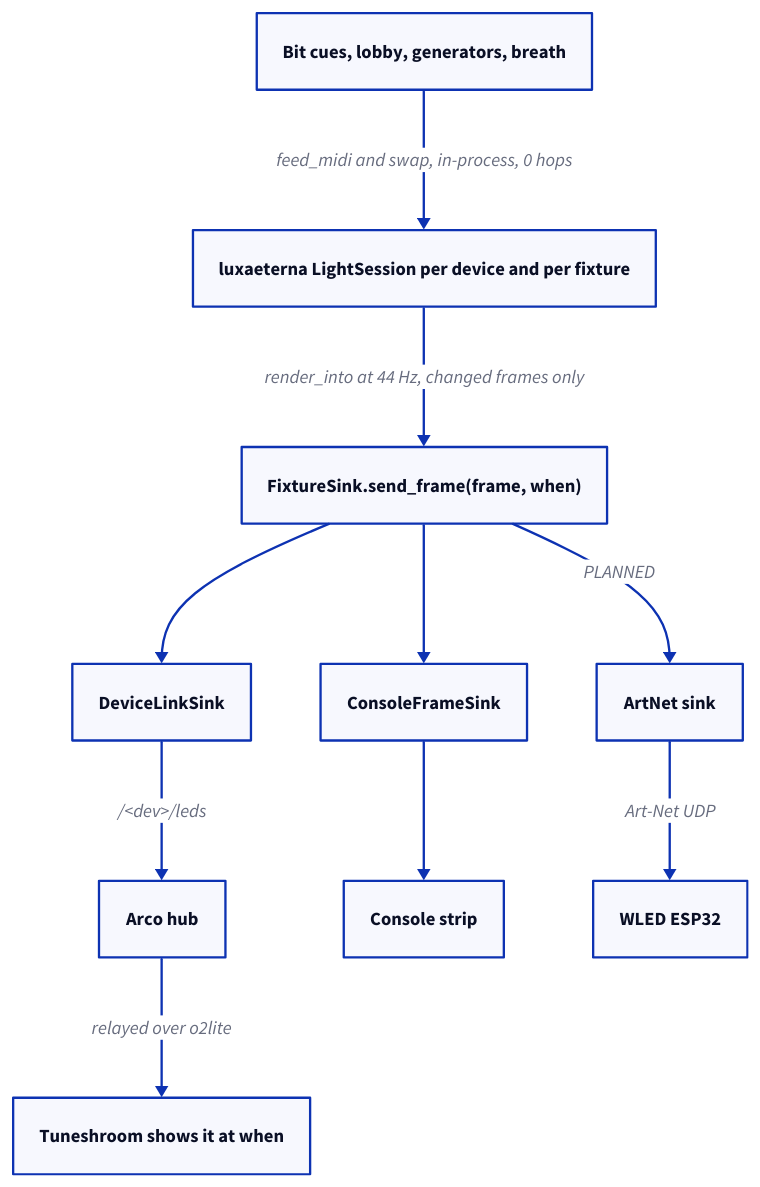
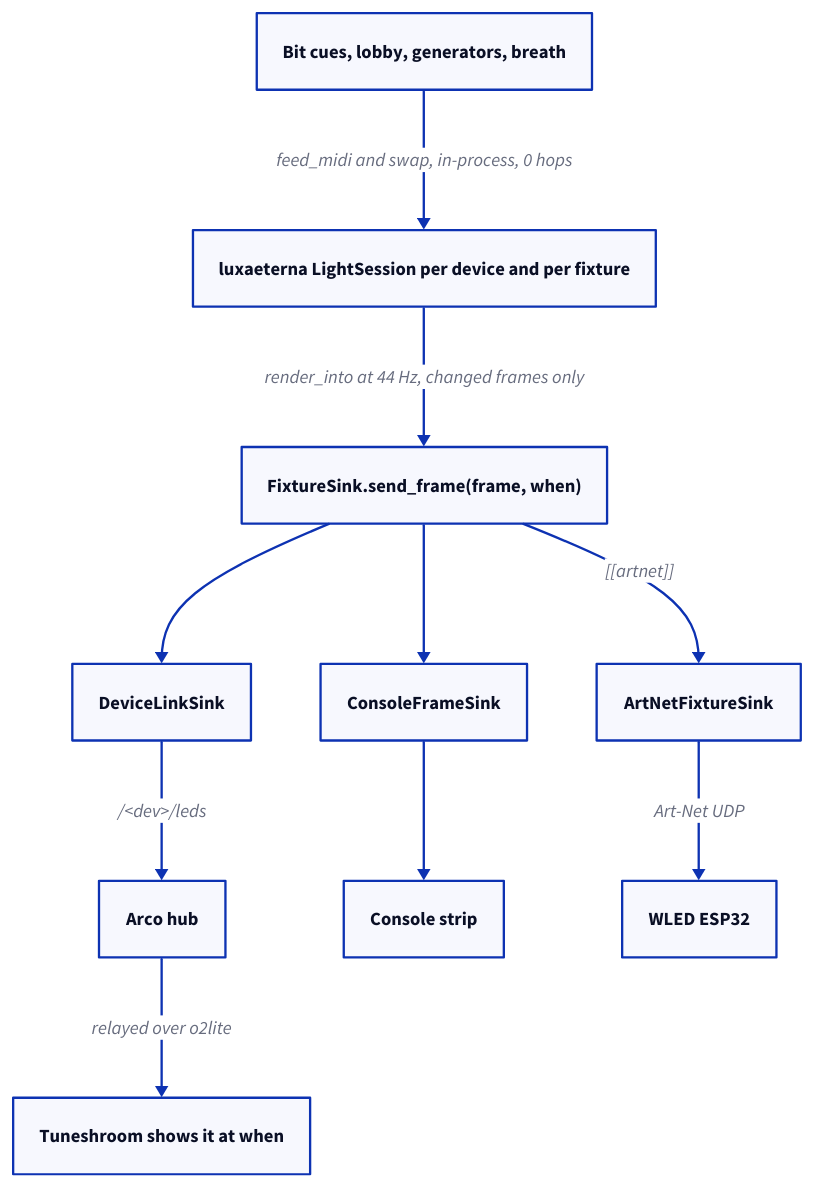
The diagram in docs/diagrams/light-path.d2 (Musical-Mycology/mm-terrarium), drawn with D2 before and after one commit. The commit also changed 11 other files, not shown here.

First line of the commit message:
docs(diagrams): bring cue-path, boot-teardown and light-path up to date with the code

```diff
--- a/docs/diagrams/light-path.d2
+++ b/docs/diagrams/light-path.d2
@@ -1,22 +1,22 @@
 direction: down
 
 cues: "Bit cues, lobby, generators, breath"
 sessions: "luxaeterna LightSession per device and per fixture"
 fsink: "FixtureSink.send_frame(frame, when)"
 devlink: "DeviceLinkSink"
 console: "ConsoleFrameSink"
-artnet: "ArtNet sink"
+artnet: "ArtNetFixtureSink"
 arco: "Arco hub"
 shroom: "Tuneshroom shows it at when"
 strip: "Console strip"
 wled: "WLED ESP32"
 
 cues -> sessions: feed_midi and swap, in-process, 0 hops
 sessions -> fsink: render_into at 44 Hz, changed frames only
 fsink -> devlink
 fsink -> console
-fsink -> artnet: PLANNED
+fsink -> artnet: "[[artnet]]"
 devlink -> arco: /<dev>/leds
 console -> strip
 artnet -> wled: Art-Net UDP
 arco -> shroom: relayed over o2lite
```
